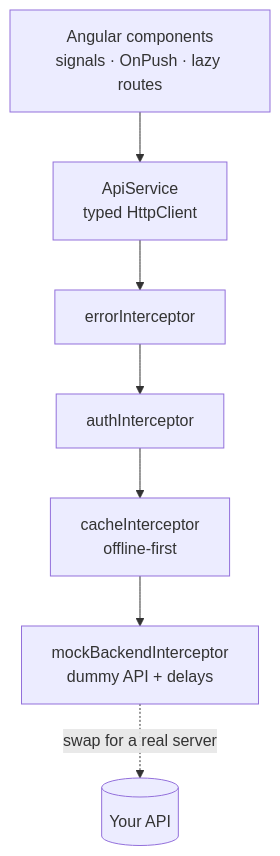
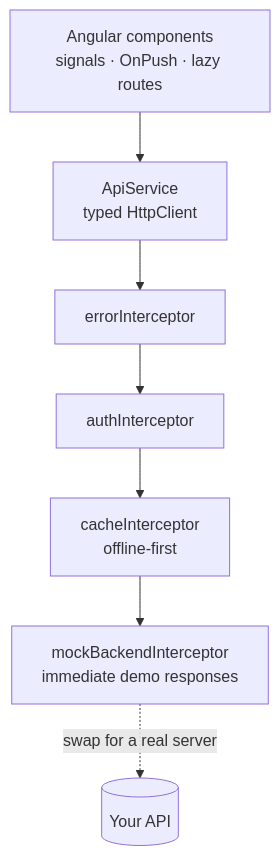
Before and after one commit to saivaibhavtamiri1306/TrustVault-Core-Software-Intern-position-at-NSQTech-Private-Limited-: the second of 2 diagrams in TrustVault-Angular-Project/trustvault-core/README.md, drawn with Mermaid. The commit also changed other lines of this file and 17 other files, not shown here.

````diff
--- a/TrustVault-Angular-Project/trustvault-core/README.md
+++ b/TrustVault-Angular-Project/trustvault-core/README.md
@@ -102,9 +101,9 @@
 ```mermaid
 flowchart TB
     UI[Angular components<br/>signals · OnPush · lazy routes] --> SVC[ApiService<br/>typed HttpClient]
     SVC --> I1[errorInterceptor]
     I1 --> I2[authInterceptor]
     I2 --> I3[cacheInterceptor<br/>offline-first]
-    I3 --> I4[mockBackendInterceptor<br/>dummy API + delays]
+    I3 --> I4[mockBackendInterceptor<br/>immediate demo responses]
     I4 -.swap for a real server.-> NET[(Your API)]
 ```
````
